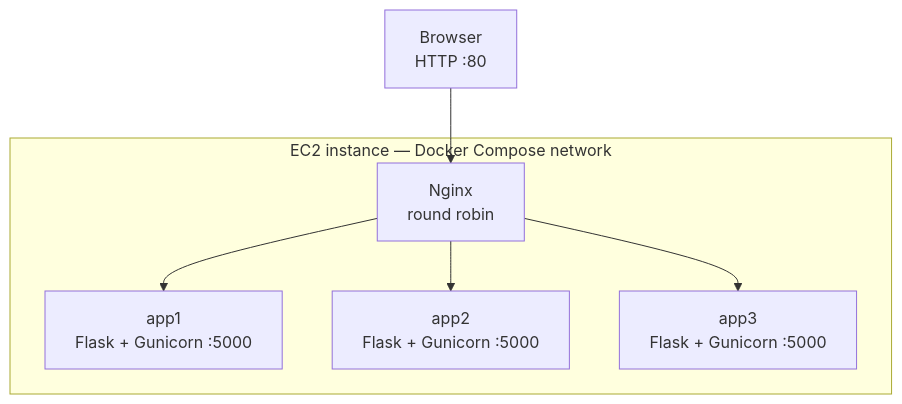
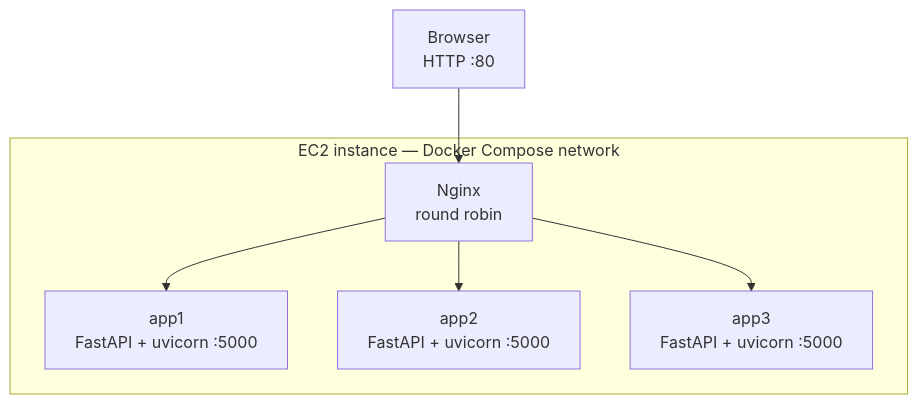
One commit to Jaydattadupade/nginx-load-balancer-demo changed the diagram in README.md. Above: the diagram before and after it, drawn with Mermaid. The commit also changed other lines of this file, not shown here.

Commit message:
Update README to reflect FastAPI usage

````diff
--- a/README.md
+++ b/README.md
@@ -17,10 +17,10 @@
 ```mermaid
 graph TD
     Client[Browser<br/>HTTP :80] --> Nginx[Nginx<br/>round robin]
-
+ 
     subgraph EC2["EC2 instance — Docker Compose network"]
-        Nginx --> App1[app1<br/>Flask + Gunicorn :5000]
-        Nginx --> App2[app2<br/>Flask + Gunicorn :5000]
-        Nginx --> App3[app3<br/>Flask + Gunicorn :5000]
+        Nginx --> App1[app1<br/>FastAPI + uvicorn :5000]
+        Nginx --> App2[app2<br/>FastAPI + uvicorn :5000]
+        Nginx --> App3[app3<br/>FastAPI + uvicorn :5000]
     end
 ```
````
